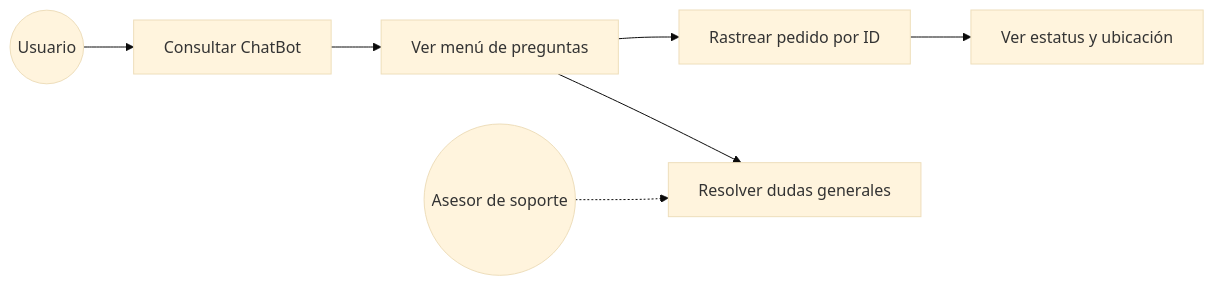
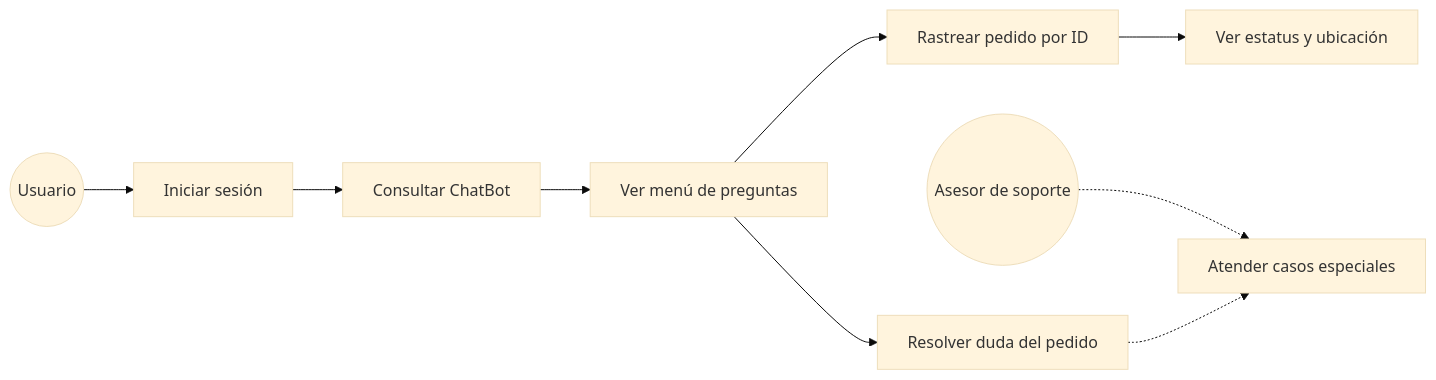
One commit to MelanyFT/Entrega-Parcial changed the first of 4 diagrams in docs/diagramas.md. Above: the diagram before and after it, drawn with Mermaid (base theme). The commit also changed other lines of this file and 30 other files, not shown here.

````diff
--- a/docs/diagramas.md
+++ b/docs/diagramas.md
@@ -8,18 +8,22 @@
 ```mermaid
 flowchart LR
   Usuario((Usuario))
   Asesor((Asesor de soporte))
 
-  CU1[Consultar ChatBot]
-  CU2[Ver menú de preguntas]
-  CU3[Rastrear pedido por ID]
-  CU4[Ver estatus y ubicación]
-  CU5[Resolver dudas generales]
+  CU1[Iniciar sesión]
+  CU2[Consultar ChatBot]
+  CU3[Ver menú de preguntas]
+  CU4[Rastrear pedido por ID]
+  CU5[Ver estatus y ubicación]
+  CU6[Resolver duda del pedido]
+  CU7[Atender casos especiales]
 
   Usuario --> CU1
   CU1 --> CU2
   CU2 --> CU3
   CU3 --> CU4
-  CU2 --> CU5
-  Asesor -.-> CU5
+  CU4 --> CU5
+  CU3 --> CU6
+  Asesor -.-> CU7
+  CU6 -.-> CU7
 ```
````
